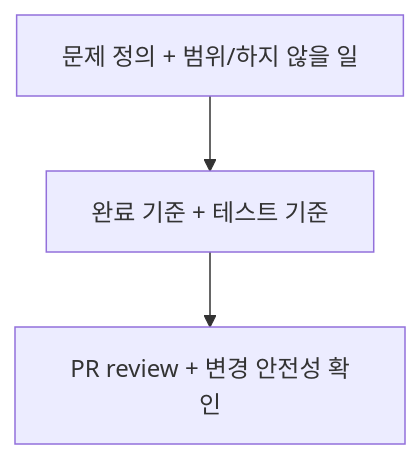
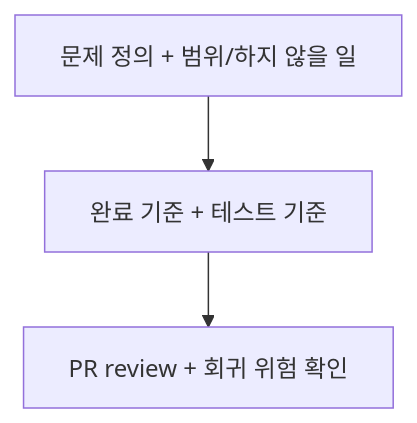
One commit to zmrdltl/portfolio changed the fourth of 4 diagrams in docs/experience/cluml.md. Above: the diagram before and after it, drawn with Mermaid. The commit also changed other lines of this file and 9 other files, not shown here.

````diff
--- a/docs/experience/cluml.md
+++ b/docs/experience/cluml.md
@@ -133,9 +133,9 @@
 ```mermaid
 flowchart TD
   issue["문제 정의 + 범위/하지 않을 일"]
   criteria["완료 기준 + 테스트 기준"]
-  review["PR review + 변경 안전성 확인"]
+  review["PR review + 회귀 위험 확인"]
 
   issue --> criteria
   criteria --> review
 ```
````
